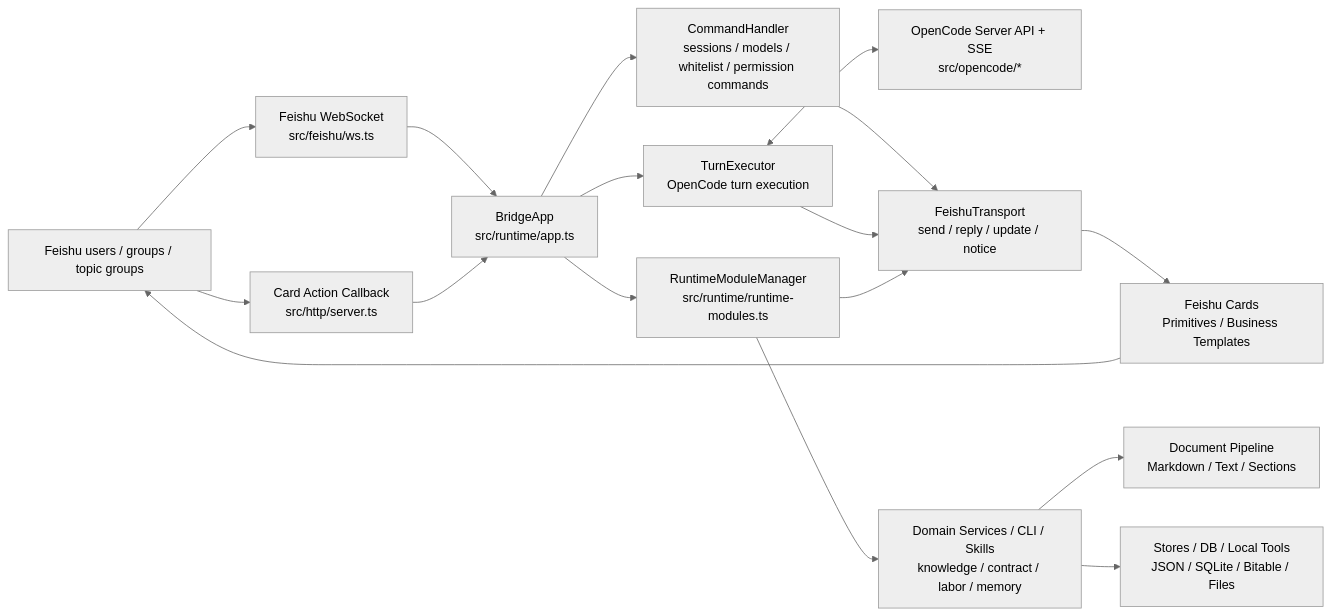
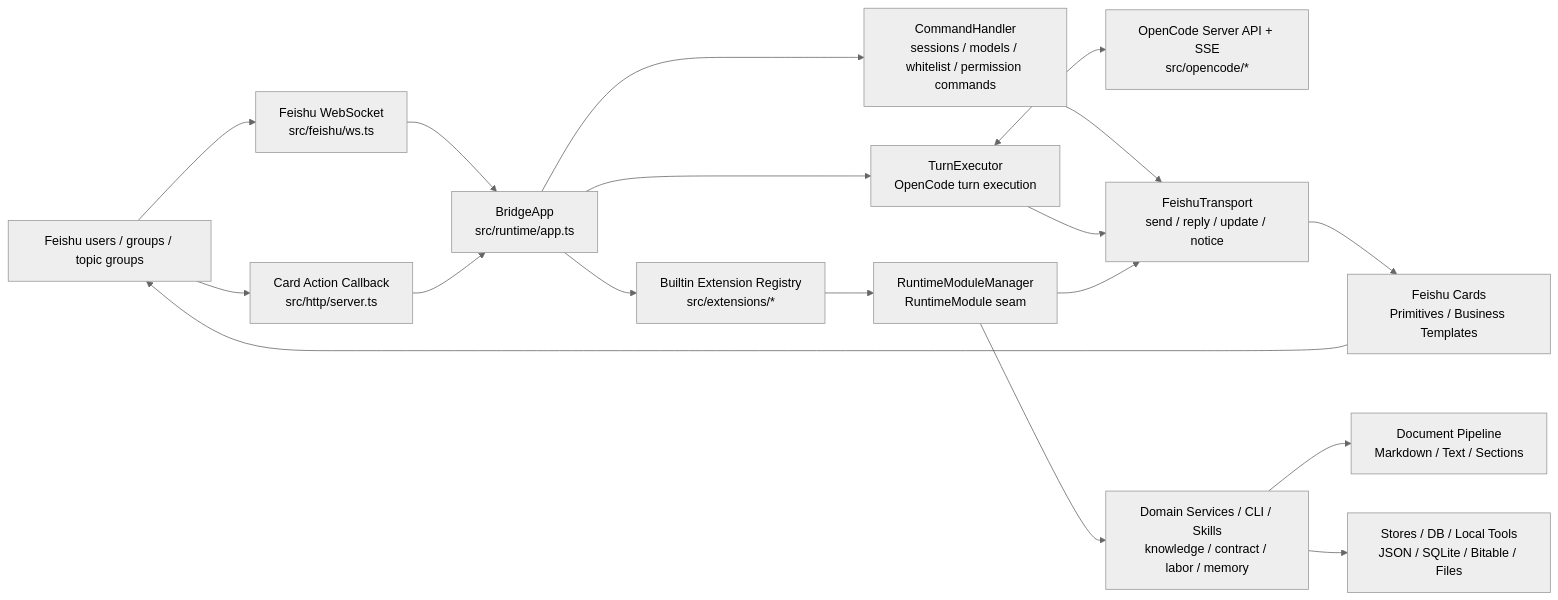
One commit to Clukay-Fun/feishu-opencode-bridge changed the first of 2 diagrams in README.en.md. Above: the diagram before and after it, drawn with Mermaid (neutral theme). The commit also changed other lines of this file and 9 other files, not shown here.

````diff
--- a/README.en.md
+++ b/README.en.md
@@ -60,23 +61,24 @@
 ```mermaid
 flowchart LR
     user["Feishu users / groups / topic groups"] --> ws["Feishu WebSocket<br/>src/feishu/ws.ts"]
     user --> callback["Card Action Callback<br/>src/http/server.ts"]
 
     ws --> app["BridgeApp<br/>src/runtime/app.ts"]
     callback --> app
 
     app --> command["CommandHandler<br/>sessions / models / whitelist / permission commands"]
     app --> executor["TurnExecutor<br/>OpenCode turn execution"]
-    app --> modules["RuntimeModuleManager<br/>src/runtime/runtime-modules.ts"]
+    app --> extensions["Builtin Extension Registry<br/>src/extensions/*"]
+    extensions --> modules["RuntimeModuleManager<br/>RuntimeModule seam"]
 
     executor <--> opencode["OpenCode Server API + SSE<br/>src/opencode/*"]
     modules --> services["Domain Services / CLI / Skills<br/>knowledge / contract / labor / memory"]
     services --> pipeline["Document Pipeline<br/>Markdown / Text / Sections"]
     services --> stores["Stores / DB / Local Tools<br/>JSON / SQLite / Bitable / Files"]
 
     command --> transport["FeishuTransport<br/>send / reply / update / notice"]
     executor --> transport
     modules --> transport
     transport --> cards["Feishu Cards<br/>Primitives / Business Templates"]
     cards --> user
 ```
````
